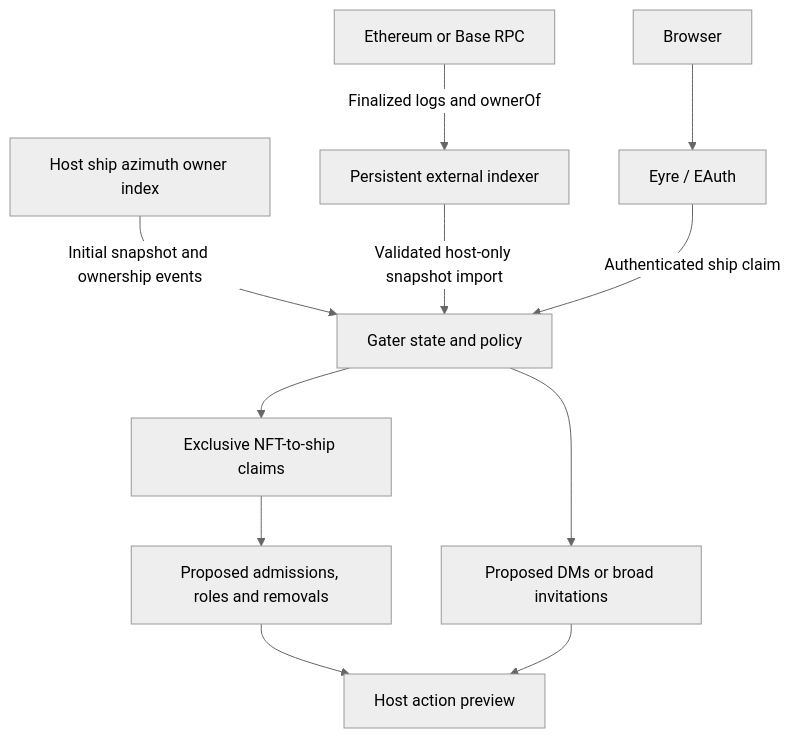
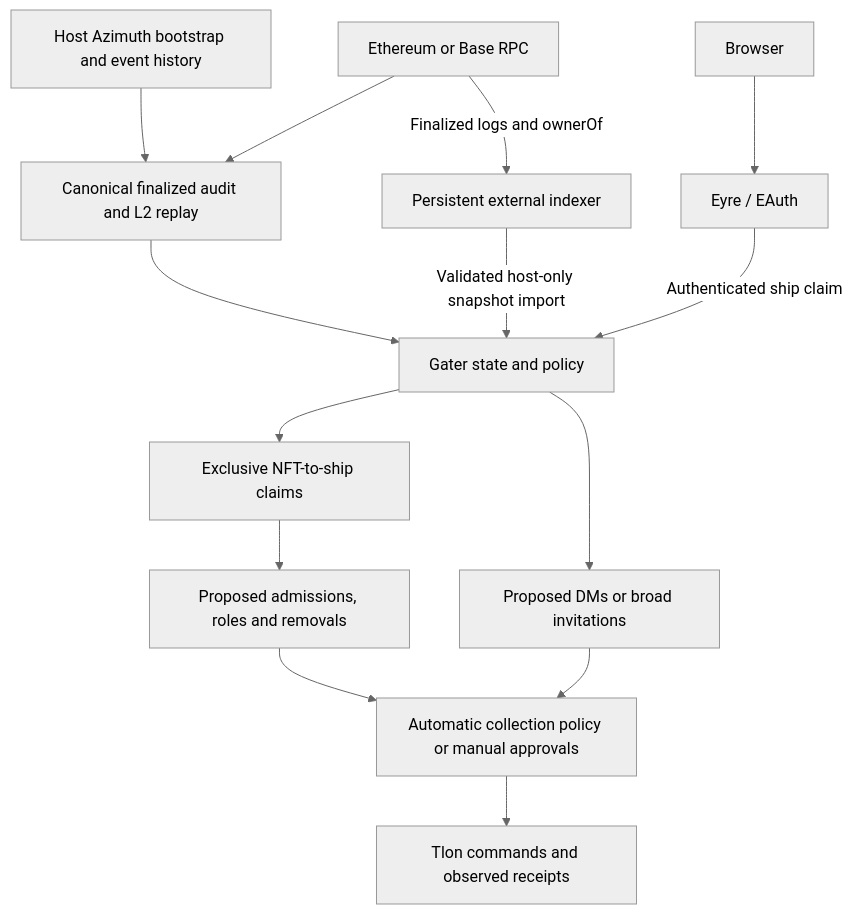
One commit to thelifeandtimes/gater changed the diagram in docs/architecture.md. Above: the diagram before and after it, drawn with Mermaid (neutral theme). The commit also changed other lines of this file and 76 other files, not shown here.

Commit message:
Release Gater v0.1.0 with audited membership delivery and host setup

````diff
--- a/docs/architecture.md
+++ b/docs/architecture.md
@@ -5,13 +5,16 @@
 ```mermaid
 flowchart TD
-    A[Host ship azimuth owner index] -->|Initial snapshot and ownership events| G[Gater state and policy]
-    R[Ethereum or Base RPC] -->|Finalized logs and ownerOf| S[Persistent external indexer]
+    A[Host Azimuth bootstrap and event history] --> V[Canonical finalized audit and L2 replay]
+    R[Ethereum or Base RPC] --> V
+    V --> G[Gater state and policy]
+    R -->|Finalized logs and ownerOf| S[Persistent external indexer]
     S -->|Validated host-only snapshot import| G
     B[Browser] --> E[Eyre / EAuth]
     E -->|Authenticated ship claim| G
     G --> C[Exclusive NFT-to-ship claims]
     C --> P[Proposed admissions, roles and removals]
     G --> O[Proposed DMs or broad invitations]
-    P --> V[Host action preview]
-    O --> V
+    P --> Q[Automatic collection policy or manual approvals]
+    O --> Q
+    Q --> T[Tlon commands and observed receipts]
 ```
````
